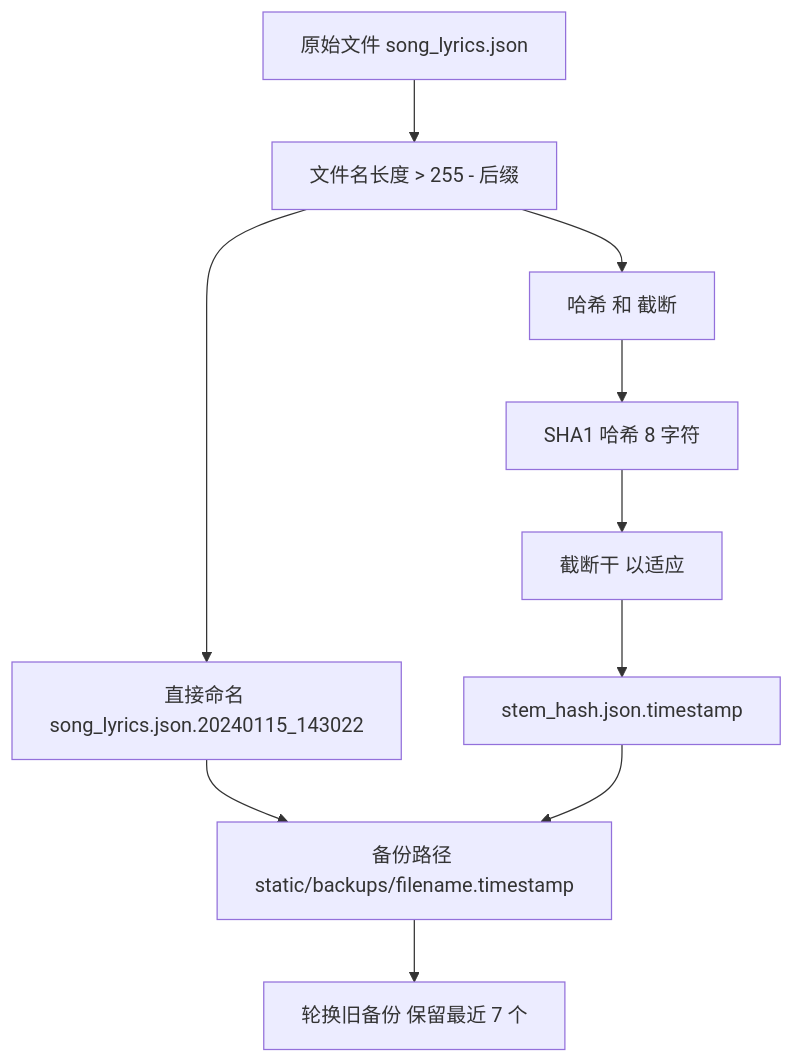
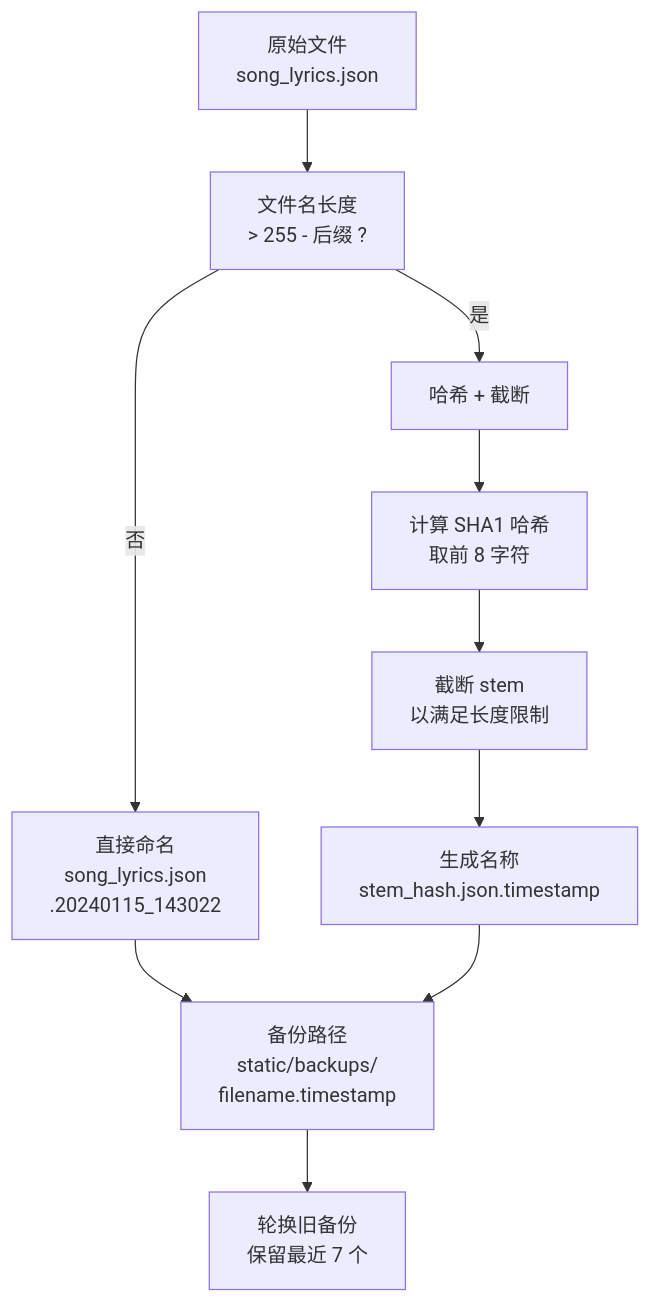
Before and after one commit to HKLHaoBin/LyricSphere: diagram 26 of 44 in README.md, drawn with Mermaid. The commit also changed other lines of this file, not shown here.

First line of the commit message:
docs: 优化README中的流程图和序列图格式

````diff
--- a/README.md
+++ b/README.md
@@ -2659,22 +2695,28 @@
 ```mermaid
 flowchart TD
-    OriginalFile["原始文件 song_lyrics.json"]
-    CheckLength["文件名长度 > 255 - 后缀"]
-    UseDirect["直接命名 song_lyrics.json.20240115_143022"]
-    HashAndTruncate["哈希 和 截断"]
-    ComputeHash["SHA1 哈希 8 字符"]
-    TruncateStem["截断干 以适应"]
-    BuildName["stem_hash.json.timestamp"]
-    BackupPath["备份路径 static/backups/filename.timestamp"]
-    RotateOld["轮换旧备份 保留最近 7 个"]
+    OriginalFile["原始文件<br/>song_lyrics.json"]
+    CheckLength["文件名长度<br/>> 255 - 后缀 ?"]
+
+    UseDirect["直接命名<br/>song_lyrics.json<br/>.20240115_143022"]
+
+    HashAndTruncate["哈希 + 截断"]
+    ComputeHash["计算 SHA1 哈希<br/>取前 8 字符"]
+    TruncateStem["截断 stem<br/>以满足长度限制"]
+    BuildName["生成名称<br/>stem_hash.json.timestamp"]
+
+    BackupPath["备份路径<br/>static/backups/<br/>filename.timestamp"]
+    RotateOld["轮换旧备份<br/>保留最近 7 个"]
 
     OriginalFile --> CheckLength
-    CheckLength --> UseDirect
-    CheckLength --> HashAndTruncate
+    CheckLength -->|否| UseDirect
+    CheckLength -->|是| HashAndTruncate
+
     HashAndTruncate --> ComputeHash
     ComputeHash --> TruncateStem
     TruncateStem --> BuildName
+
     UseDirect --> BackupPath
     BuildName --> BackupPath
     BackupPath --> RotateOld
+
 ```
````
